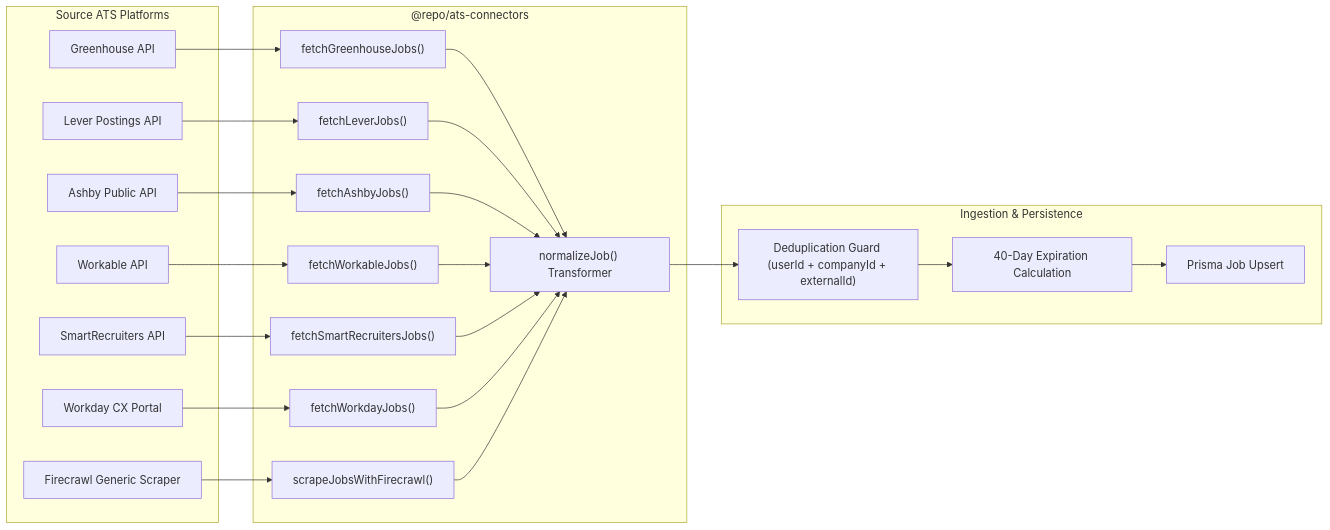
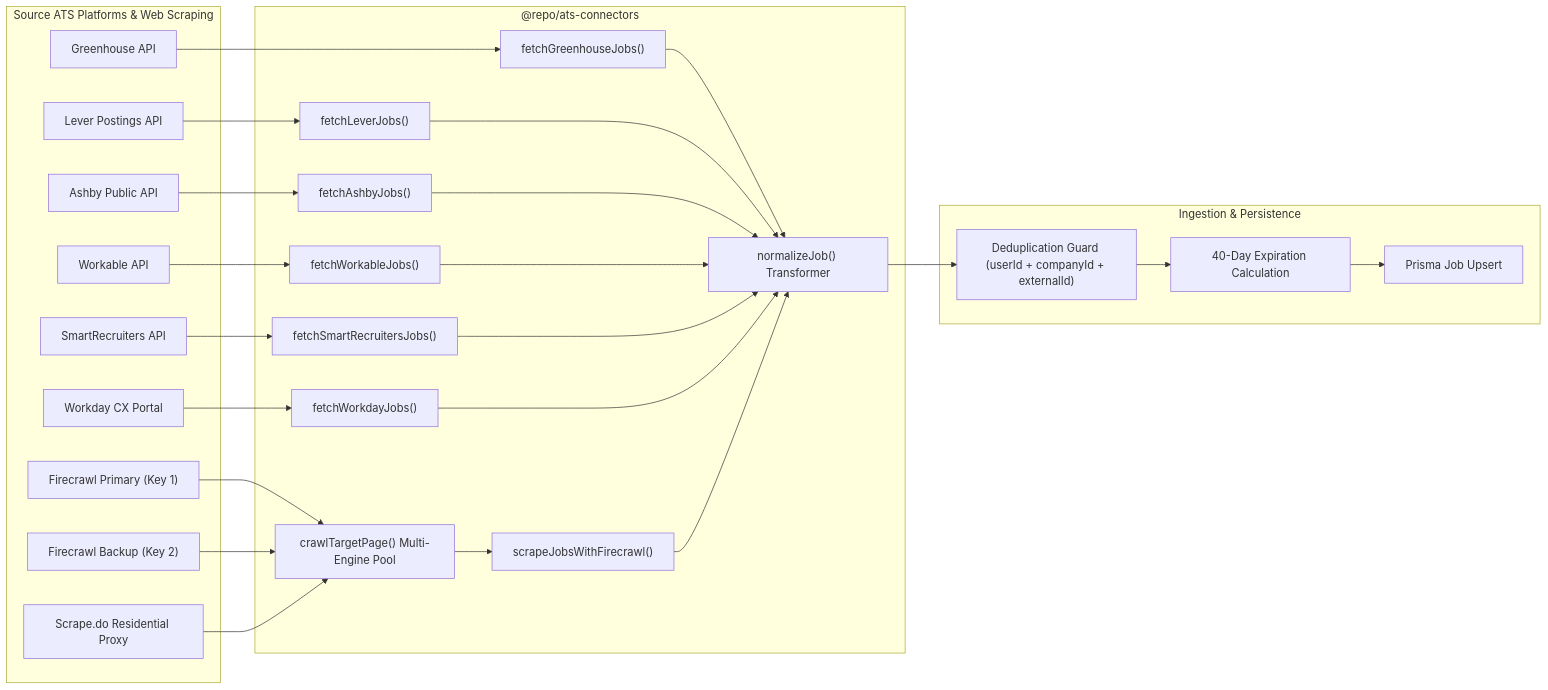
Before and after one commit to AdrishKarak/Job-intel: the third of 5 diagrams in Architecture.md, drawn with Mermaid. The commit also changed other lines of this file and 17 other files, not shown here.

````diff
--- a/Architecture.md
+++ b/Architecture.md
@@ -247,49 +250,56 @@
 ```mermaid
 flowchart LR
-    subgraph ATSPlatforms["Source ATS Platforms"]
+    subgraph ATSPlatforms["Source ATS Platforms & Web Scraping"]
         GH["Greenhouse API"]
         LV["Lever Postings API"]
         ASH["Ashby Public API"]
         WRK["Workable API"]
         SR["SmartRecruiters API"]
         WD["Workday CX Portal"]
-        FC["Firecrawl Generic Scraper"]
+        FC1["Firecrawl Primary (Key 1)"]
+        FC2["Firecrawl Backup (Key 2)"]
+        SDO["Scrape.do Residential Proxy"]
     end
 
     subgraph ConnectorModule["@repo/ats-connectors"]
         FetchGH["fetchGreenhouseJobs()"]
         FetchLV["fetchLeverJobs()"]
         FetchASH["fetchAshbyJobs()"]
         FetchWRK["fetchWorkableJobs()"]
         FetchSR["fetchSmartRecruitersJobs()"]
         FetchWD["fetchWorkdayJobs()"]
+        CrawlerPool["crawlTargetPage() Multi-Engine Pool"]
         ScrapeFC["scrapeJobsWithFirecrawl()"]
         Norm["normalizeJob() Transformer"]
     end
 
     subgraph IngestionBoundary["Ingestion & Persistence"]
         Dedupe["Deduplication Guard (userId + companyId + externalId)"]
         TTL["40-Day Expiration Calculation"]
         Persist["Prisma Job Upsert"]
     end
 
     GH --> FetchGH
     LV --> FetchLV
     ASH --> FetchASH
     WRK --> FetchWRK
     SR --> FetchSR
     WD --> FetchWD
-    FC --> ScrapeFC
+    
+    FC1 --> CrawlerPool
+    FC2 --> CrawlerPool
+    SDO --> CrawlerPool
+    CrawlerPool --> ScrapeFC
 
     FetchGH --> Norm
     FetchLV --> Norm
     FetchASH --> Norm
     FetchWRK --> Norm
     FetchSR --> Norm
     FetchWD --> Norm
     ScrapeFC --> Norm
 
     Norm --> Dedupe
     Dedupe --> TTL
     TTL --> Persist
 ```
````
